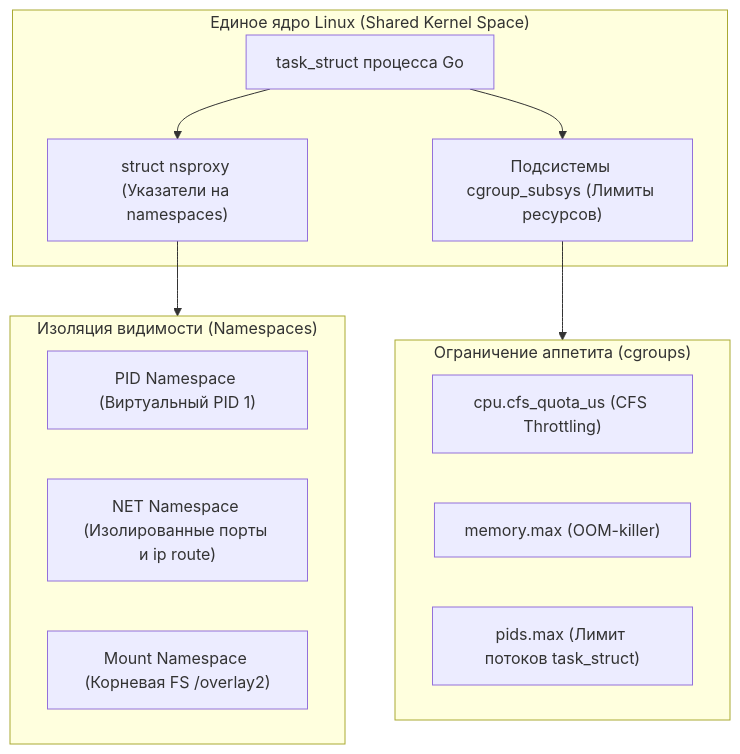
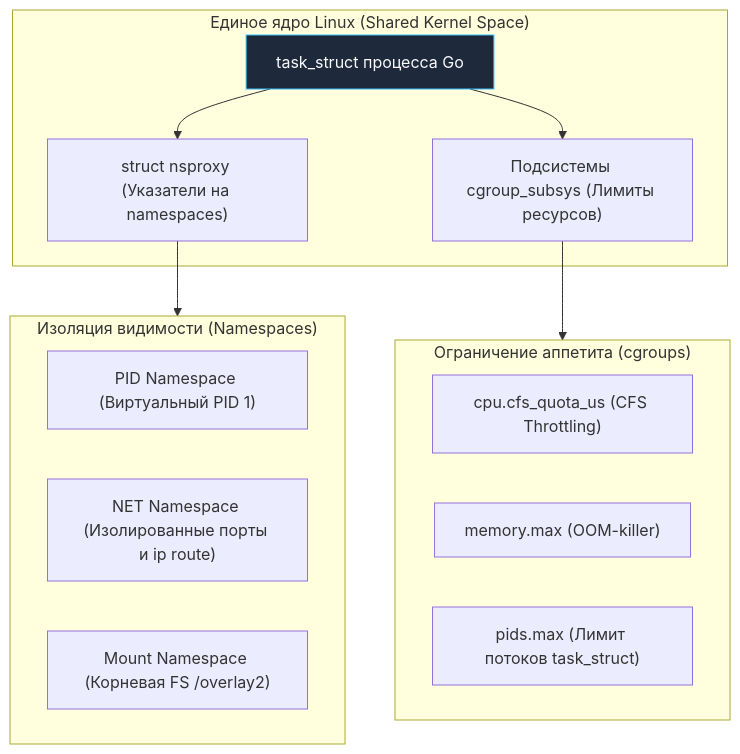
Before and after one commit to UnrealTemplier/go-textbook: the first of 2 diagrams in sources/2. Устройство и работа ОС/54. Изоляция процессов в Linux.md, drawn with Mermaid. The commit also changed other lines of this file and 1666 other files, not shown here.

First line of the commit message:
feat(mermaid): add semantic color classDef to 1369 colorless flowchart/graph diagrams

````diff
--- a/sources/2. Устройство и работа ОС/54. Изоляция процессов в Linux.md
+++ b/sources/2. Устройство и работа ОС/54. Изоляция процессов в Linux.md
@@ -20,25 +20,35 @@
 ```mermaid
 flowchart TD
+    classDef process  fill:#1e293b,stroke:#38bdf8,stroke-width:1px,color:#f8fafc
+    classDef success  fill:#064e3b,stroke:#34d399,stroke-width:1px,color:#f8fafc
+    classDef error    fill:#7f1d1d,stroke:#f87171,stroke-width:1px,color:#f8fafc
+    classDef warning  fill:#78350f,stroke:#fbbf24,stroke-width:1px,color:#f8fafc
+    classDef entry    fill:#1e3a5f,stroke:#38bdf8,stroke-width:2px,color:#f8fafc
+    classDef aux      fill:#334155,stroke:#64748b,stroke-width:1px,color:#f8fafc
+    classDef system   fill:#312e81,stroke:#a78bfa,stroke-width:1px,color:#f8fafc
+    classDef data     fill:#132d29,stroke:#2dd4bf,stroke-width:1px,color:#f8fafc
+    classDef network  fill:#881337,stroke:#fb7185,stroke-width:1px,color:#f8fafc
+    classDef accent   fill:#1e1b4b,stroke:#818cf8,stroke-width:1px,color:#f8fafc
     subgraph HostKernel["Единое ядро Linux (Shared Kernel Space)"]
-        Task["task_struct процесса Go"]
+        Task["task_struct процесса Go"]:::process
         NSProxy["struct nsproxy (Указатели на namespaces)"]
         CGSubsys["Подсистемы cgroup_subsys (Лимиты ресурсов)"]
         Task --> NSProxy
         Task --> CGSubsys
     end
 
     subgraph NamespacesIsolation["Изоляция видимости (Namespaces)"]
         PID["PID Namespace (Виртуальный PID 1)"]
         NET["NET Namespace (Изолированные порты и ip route)"]
         MNT["Mount Namespace (Корневая FS /overlay2)"]
     end
 
     subgraph CGroupsControl["Ограничение аппетита (cgroups)"]
         CPU["cpu.cfs_quota_us (CFS Throttling)"]
         MEM["memory.max (OOM-killer)"]
         PIDS["pids.max (Лимит потоков task_struct)"]
     end
 
     NSProxy --> NamespacesIsolation
     CGSubsys --> CGroupsControl
 ```
````
